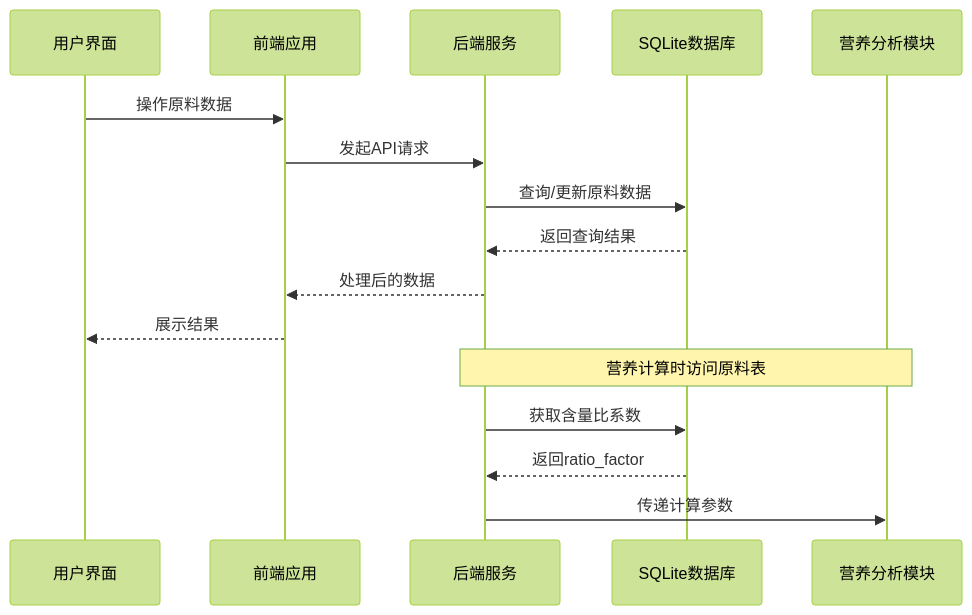
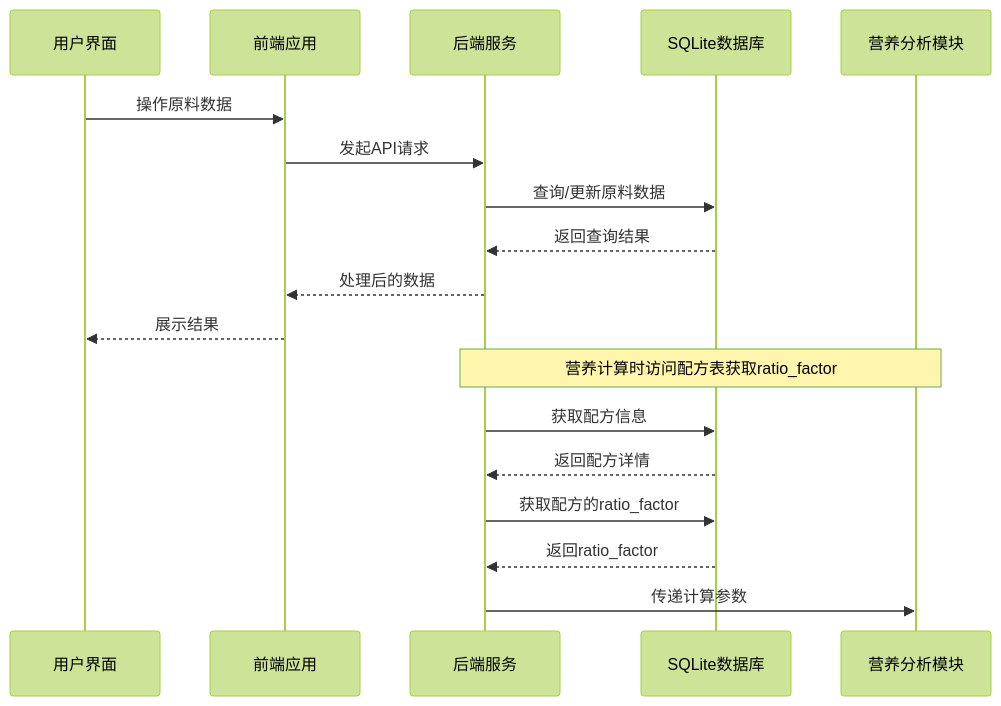
The second of 8 diagrams in .qoder/repowiki/zh/content/数据库设计/表结构详解/原料表 (materials).md (xpretycn/TingStudio), drawn with Mermaid (forest theme) before and after one commit. The commit also changed other lines of this file and 26 other files, not shown here.

````diff
--- a/.qoder/repowiki/zh/content/数据库设计/表结构详解/原料表 (materials).md
+++ b/.qoder/repowiki/zh/content/数据库设计/表结构详解/原料表 (materials).md
@@ -129,18 +143,20 @@
 ```mermaid
 sequenceDiagram
 participant User as 用户界面
 participant Frontend as 前端应用
 participant Backend as 后端服务
 participant Database as SQLite数据库
 participant Nutrition as 营养分析模块
 User->>Frontend : 操作原料数据
 Frontend->>Backend : 发起API请求
 Backend->>Database : 查询/更新原料数据
 Database-->>Backend : 返回查询结果
 Backend-->>Frontend : 处理后的数据
 Frontend-->>User : 展示结果
-Note over Backend,Nutrition : 营养计算时访问原料表
-Backend->>Database : 获取含量比系数
+Note over Backend,Nutrition : 营养计算时访问配方表获取ratio_factor
+Backend->>Database : 获取配方信息
+Database-->>Backend : 返回配方详情
+Backend->>Database : 获取配方的ratio_factor
 Database-->>Backend : 返回ratio_factor
 Backend->>Nutrition : 传递计算参数
 ```
````
